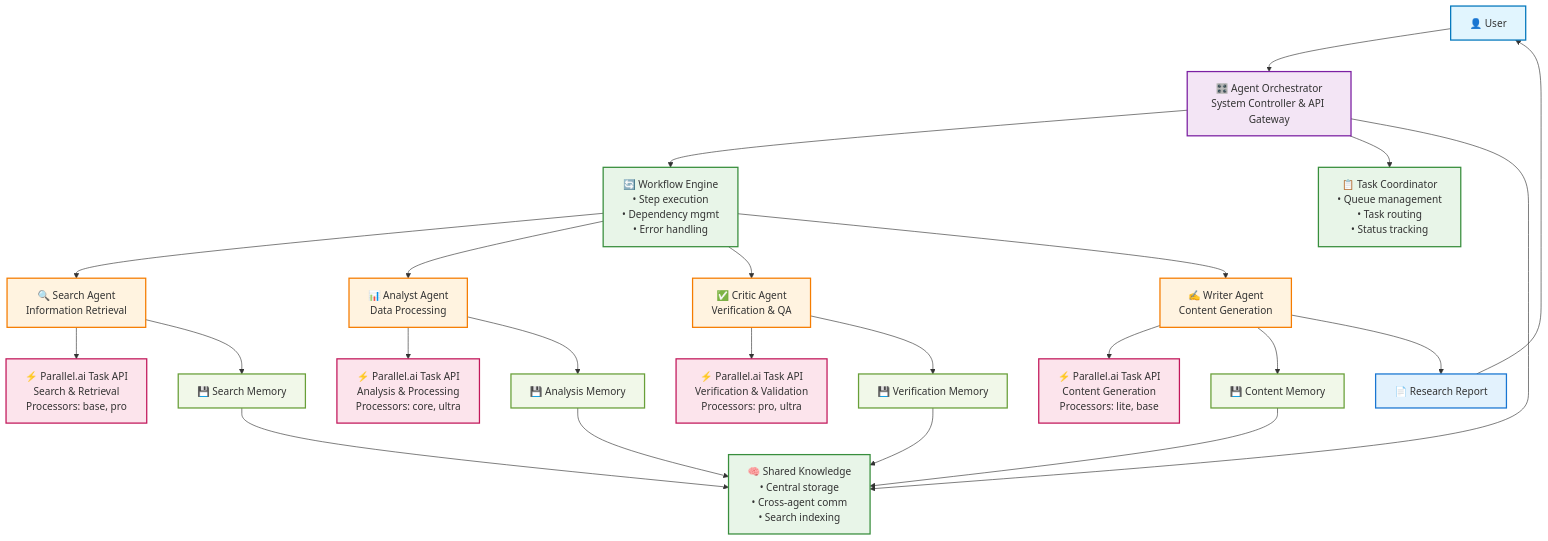
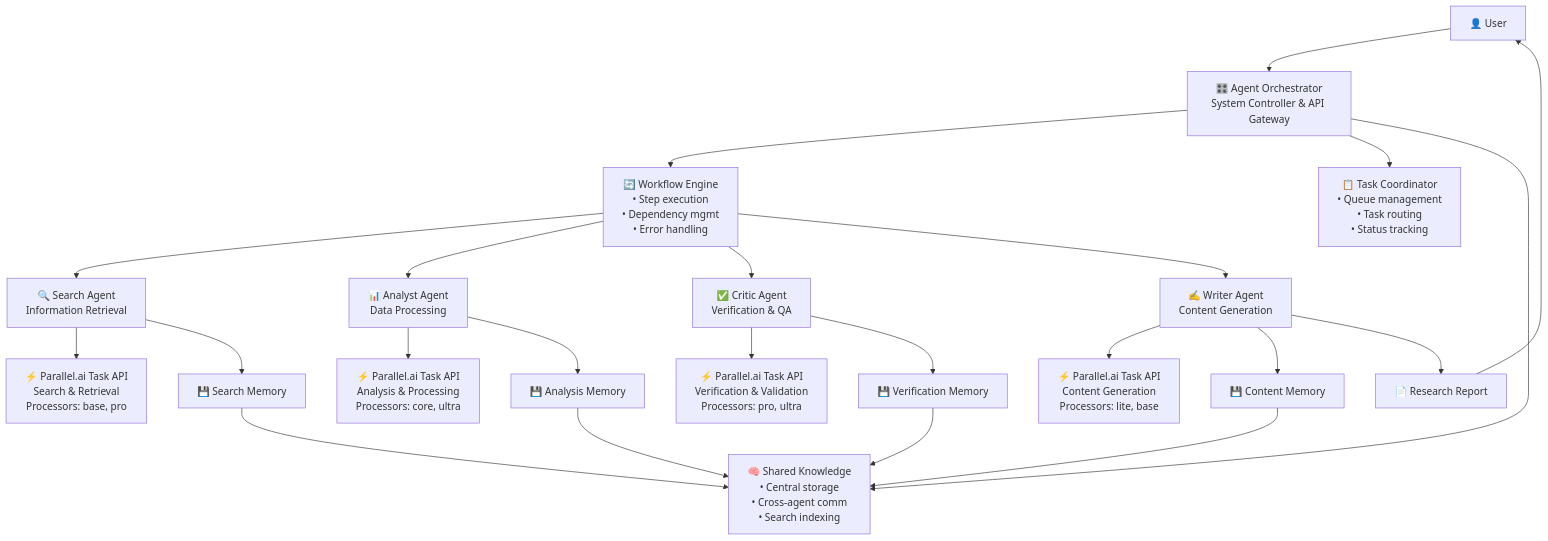
Before and after one commit to m0-divdev/deep_research_agent: the first of 5 diagrams in ARCHITECTURE.md, drawn with Mermaid. The commit also changed other lines of this file, not shown here.

Commit message:
feat: Diagram additon (mermaid)

````diff
--- a/ARCHITECTURE.md
+++ b/ARCHITECTURE.md
@@ -17,54 +17,37 @@
 ```mermaid
 graph TB
     %% User Interface
     User[👤 User] --> AO[🎛️ Agent Orchestrator<br/>System Controller & API Gateway]
     
     %% Core Coordination Layer
     AO --> WE[🔄 Workflow Engine<br/>• Step execution<br/>• Dependency mgmt<br/>• Error handling]
     AO --> TC[📋 Task Coordinator<br/>• Queue management<br/>• Task routing<br/>• Status tracking]
     AO --> SK[🧠 Shared Knowledge<br/>• Central storage<br/>• Cross-agent comm<br/>• Search indexing]
     
     %% Agent Layer
     WE --> SA[🔍 Search Agent<br/>Information Retrieval]
     WE --> AA[📊 Analyst Agent<br/>Data Processing]
     WE --> CA[✅ Critic Agent<br/>Verification & QA]
     WE --> WA[✍️ Writer Agent<br/>Content Generation]
     
     %% API Integration Layer
     SA --> API1[⚡ Parallel.ai Task API<br/>Search & Retrieval<br/>Processors: base, pro]
     AA --> API2[⚡ Parallel.ai Task API<br/>Analysis & Processing<br/>Processors: core, ultra]
     CA --> API3[⚡ Parallel.ai Task API<br/>Verification & Validation<br/>Processors: pro, ultra]
     WA --> API4[⚡ Parallel.ai Task API<br/>Content Generation<br/>Processors: lite, base]
     
     %% Memory System
     SA --> MEM1[💾 Search Memory]
     AA --> MEM2[💾 Analysis Memory]
     CA --> MEM3[💾 Verification Memory]
     WA --> MEM4[💾 Content Memory]
     
     MEM1 --> SK
     MEM2 --> SK
     MEM3 --> SK
     MEM4 --> SK
     
     %% Output
     WA --> Report[📄 Research Report]
     Report --> User
-    
-    %% Styling
-    classDef userClass fill:#e1f5fe,stroke:#0277bd,stroke-width:2px
-    classDef orchestratorClass fill:#f3e5f5,stroke:#7b1fa2,stroke-width:2px
-    classDef coordinationClass fill:#e8f5e8,stroke:#388e3c,stroke-width:2px
-    classDef agentClass fill:#fff3e0,stroke:#f57c00,stroke-width:2px
-    classDef apiClass fill:#fce4ec,stroke:#c2185b,stroke-width:2px
-    classDef memoryClass fill:#f1f8e9,stroke:#689f38,stroke-width:2px
-    classDef outputClass fill:#e3f2fd,stroke:#1976d2,stroke-width:2px
-    
-    class User userClass
-    class AO orchestratorClass
-    class WE,TC,SK coordinationClass
-    class SA,AA,CA,WA agentClass
-    class API1,API2,API3,API4 apiClass
-    class MEM1,MEM2,MEM3,MEM4 memoryClass
-    class Report outputClass
 ```
````
